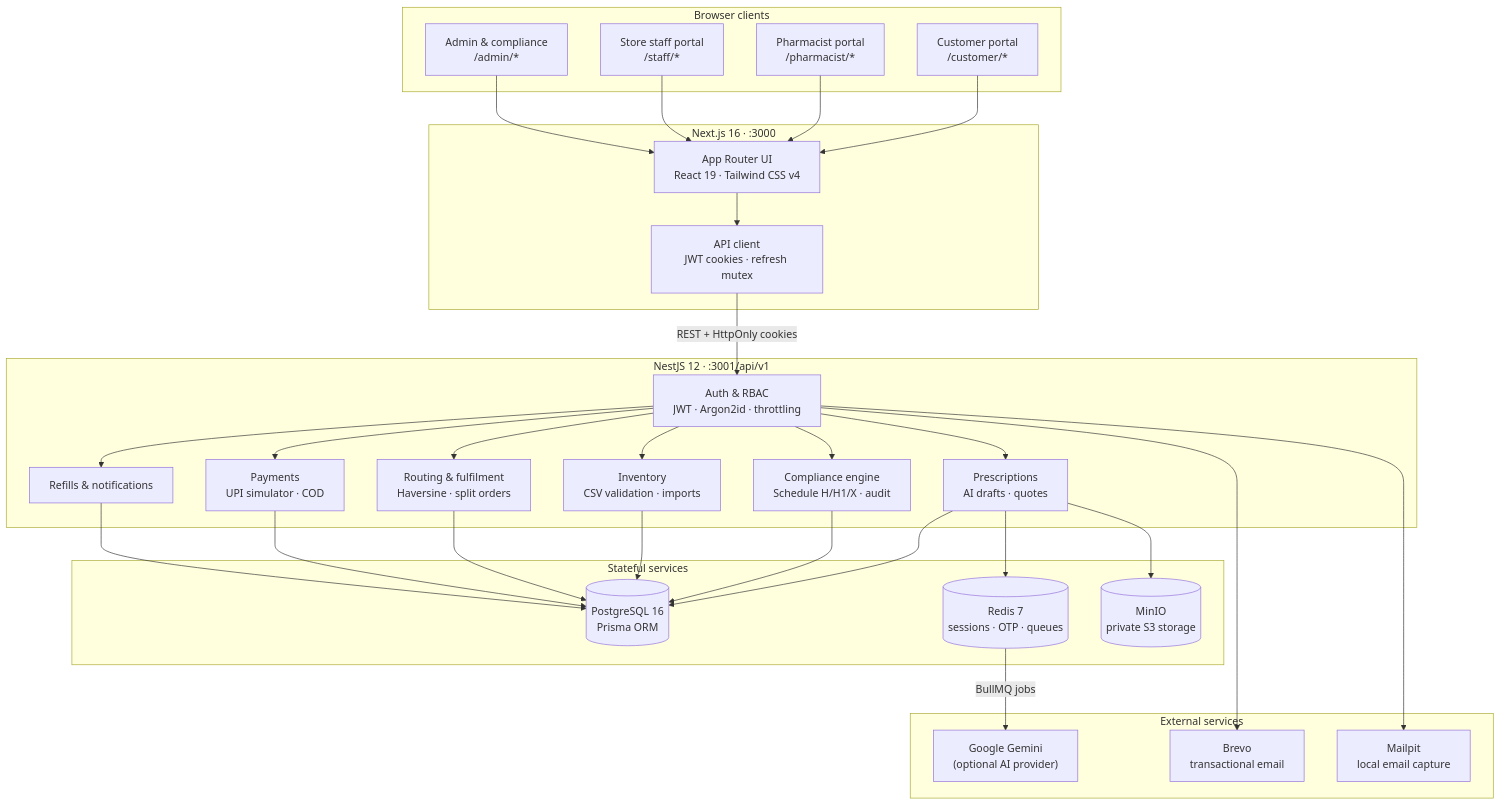
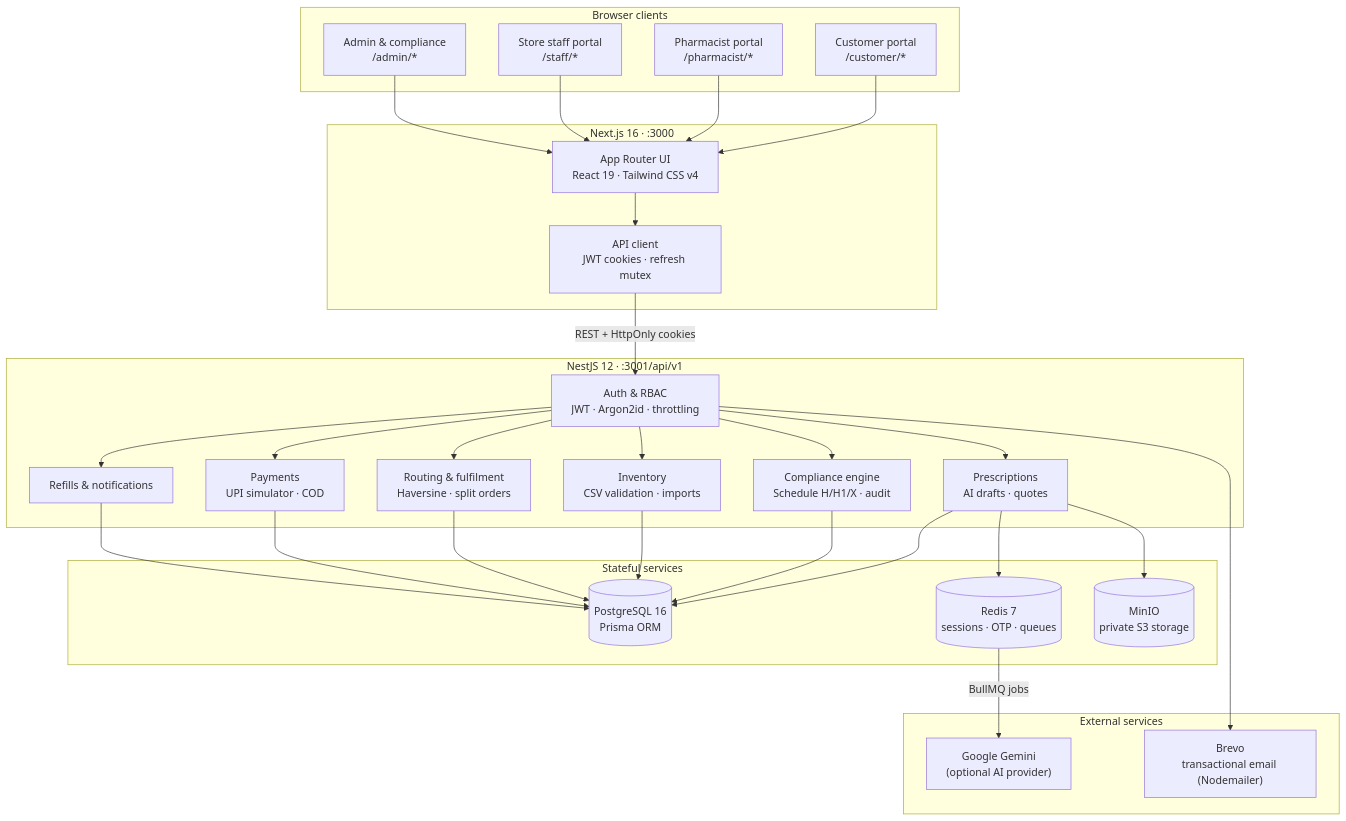
Before and after one commit to Anujanthwal-dotcom/assignment-isocode-labs: the first of 2 diagrams in README.md, drawn with Mermaid. The commit also changed other lines of this file and 2 other files, not shown here.

````diff
--- a/README.md
+++ b/README.md
@@ -79,63 +84,61 @@
 ```mermaid
 flowchart TB
     subgraph Clients["Browser clients"]
         Customer["Customer portal<br/>/customer/*"]
         Pharmacist["Pharmacist portal<br/>/pharmacist/*"]
         Staff["Store staff portal<br/>/staff/*"]
         Admin["Admin & compliance<br/>/admin/*"]
     end
 
     subgraph Web["Next.js 16 · :3000"]
         UI["App Router UI<br/>React 19 · Tailwind CSS v4"]
         ApiClient["API client<br/>JWT cookies · refresh mutex"]
     end
 
     subgraph API["NestJS 12 · :3001/api/v1"]
         Auth["Auth & RBAC<br/>JWT · Argon2id · throttling"]
         Rx["Prescriptions<br/>AI drafts · quotes"]
         Compliance["Compliance engine<br/>Schedule H/H1/X · audit"]
         Inventory["Inventory<br/>CSV validation · imports"]
         Routing["Routing & fulfilment<br/>Haversine · split orders"]
         Payments["Payments<br/>UPI simulator · COD"]
         Refills["Refills & notifications"]
     end
 
     subgraph Data["Stateful services"]
         Postgres[("PostgreSQL 16<br/>Prisma ORM")]
         Redis[("Redis 7<br/>sessions · OTP · queues")]
         MinIO[("MinIO<br/>private S3 storage")]
     end
 
     subgraph External["External services"]
         Gemini["Google Gemini<br/>(optional AI provider)"]
-        Brevo["Brevo<br/>transactional email"]
-        Mailpit["Mailpit<br/>local email capture"]
+        Brevo["Brevo<br/>transactional email (Nodemailer)"]
     end
 
     Customer --> UI
     Pharmacist --> UI
     Staff --> UI
     Admin --> UI
     UI --> ApiClient
     ApiClient -->|REST + HttpOnly cookies| Auth
 
     Auth --> Rx
     Auth --> Compliance
     Auth --> Inventory
     Auth --> Routing
     Auth --> Payments
     Auth --> Refills
 
     Rx --> Postgres
     Rx --> MinIO
     Rx --> Redis
     Compliance --> Postgres
     Inventory --> Postgres
     Routing --> Postgres
     Payments --> Postgres
     Refills --> Postgres
 
     Redis -->|BullMQ jobs| Gemini
     Auth --> Brevo
-    Auth --> Mailpit
 ```
````
